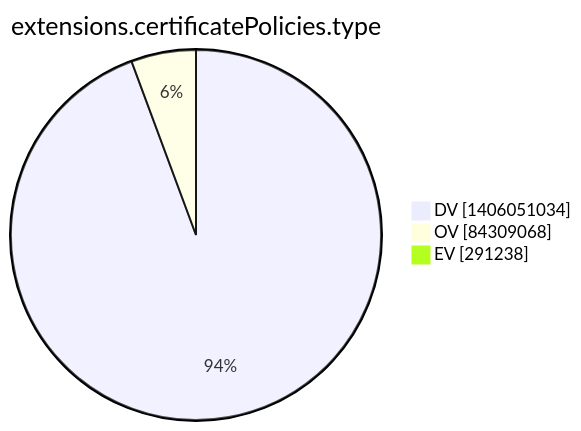
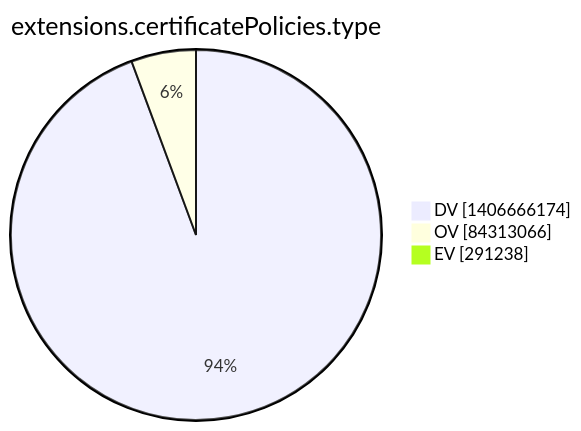
Before and after one commit to christiankrug/ctmonitor_visualization: the tenth of 15 diagrams in argon2022/README.md, drawn with Mermaid. The commit also changed other lines of this file, not shown here.

````diff
--- a/argon2022/README.md
+++ b/argon2022/README.md
@@ -2773,7 +2773,7 @@
 ```mermaid
 pie showData
 title extensions.certificatePolicies.type
-"DV" :1406051034
-"OV" :84309068
+"DV" :1406666174
+"OV" :84313066
 "EV" :291238
 ```
````
